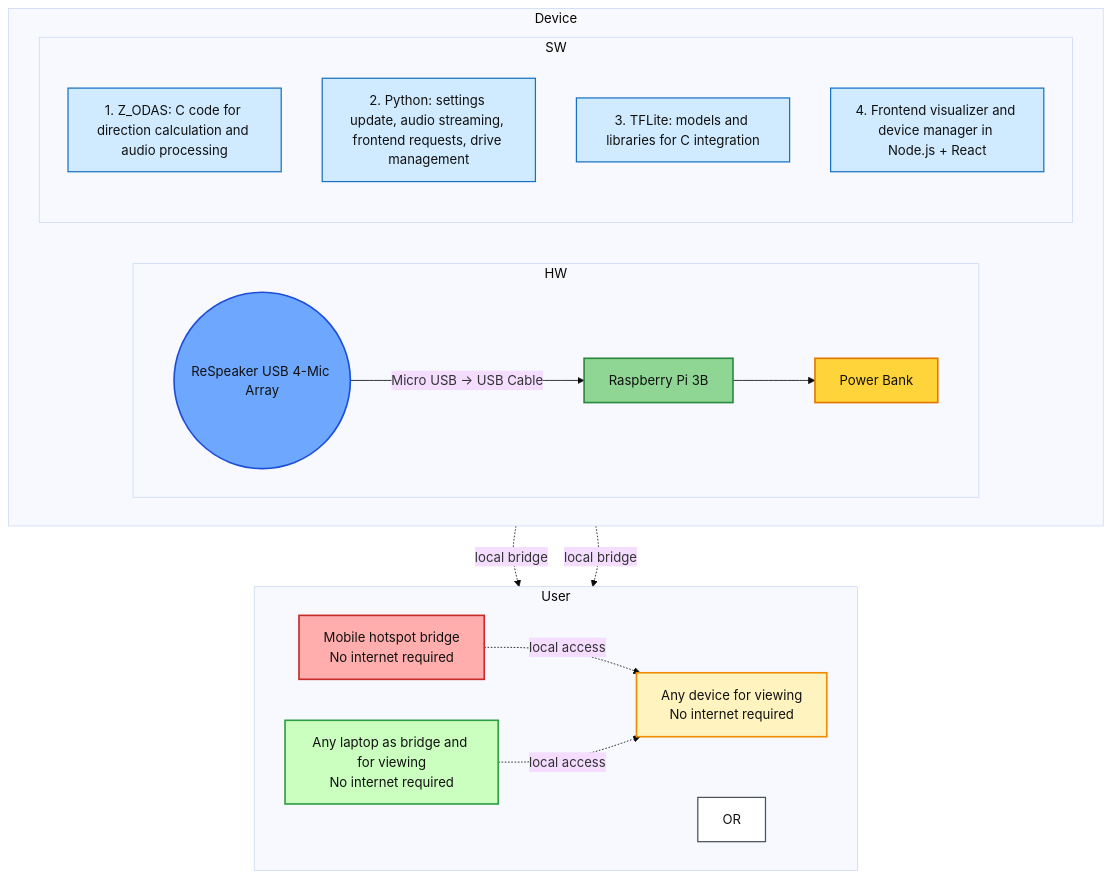
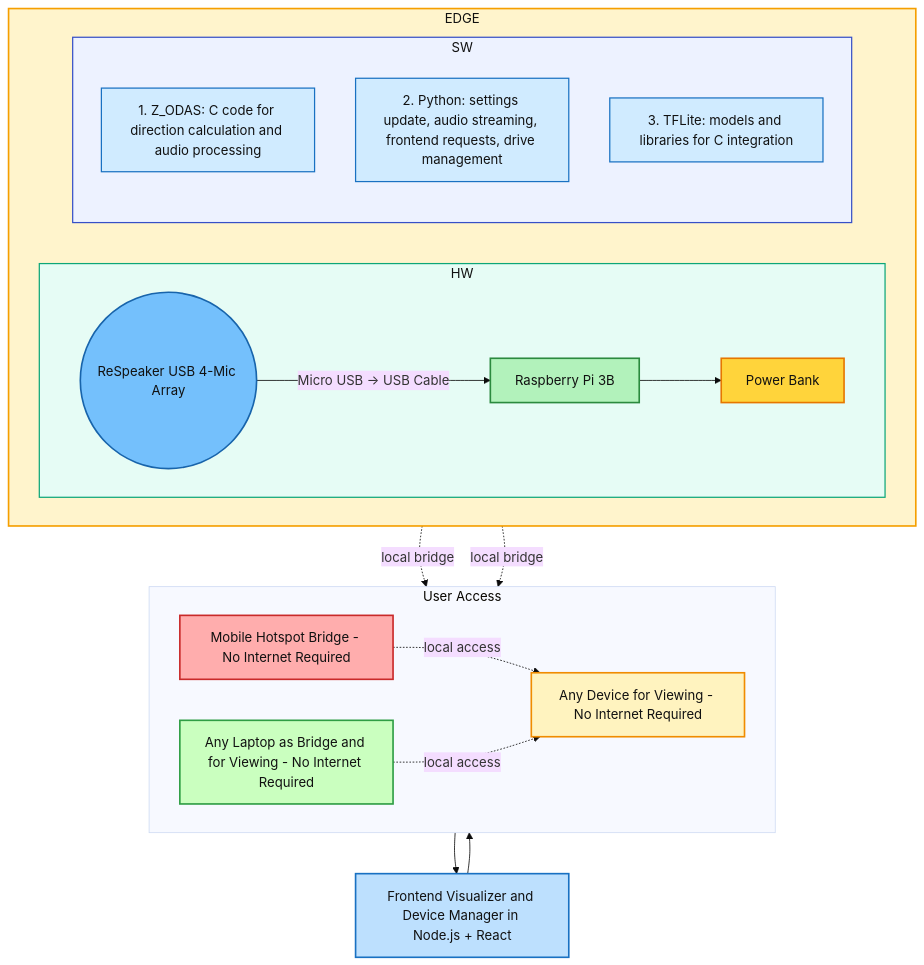
The first of 2 diagrams in blue print/SonicWild_High_Level_Architecture.md (anamtya-tech/SonicWild_SpatialyAwareAcoustics), drawn with Mermaid (base theme) before and after one commit.

Commit message:
Restructure image one with EDGE container and separate frontend block

````diff
--- a/blue print/SonicWild_High_Level_Architecture.md
+++ b/blue print/SonicWild_High_Level_Architecture.md
@@ -9,45 +9,49 @@
 ```mermaid
 flowchart TB
-    subgraph TOP[Device]
+    subgraph EDGE[EDGE]
         direction LR
 
         subgraph HW[HW]
             direction LR
             MIC((ReSpeaker USB 4-Mic Array)) -->|Micro USB -> USB Cable| RPI[Raspberry Pi 3B]
             RPI --> PWR[Power Bank]
         end
 
         subgraph SW[SW]
             direction TB
             SW1[1. Z_ODAS: C code for direction calculation and audio processing]
             SW2[2. Python: settings update, audio streaming, frontend requests, drive management]
             SW3[3. TFLite: models and libraries for C integration]
-            SW4[4. Frontend visualizer and device manager in Node.js + React]
         end
     end
 
-    subgraph USER[User]
+    subgraph USER[User Access]
         direction LR
-        PHONE[Mobile hotspot bridge\nNo internet required]
-        OR[OR]
-        LAPTOP[Any laptop as bridge and for viewing\nNo internet required]
-        VIEW[Any device for viewing\nNo internet required]
+        PHONE[Mobile Hotspot Bridge - No Internet Required]
+        LAPTOP[Any Laptop as Bridge and for Viewing - No Internet Required]
+        VIEW[Any Device for Viewing - No Internet Required]
     end
+
+    FRONTEND[Frontend Visualizer and Device Manager in Node.js + React]
 
     RPI -. local bridge .-> PHONE
     RPI -. local bridge .-> LAPTOP
     PHONE -. local access .-> VIEW
     LAPTOP -. local access .-> VIEW
+    PHONE --> FRONTEND
+    FRONTEND --> VIEW
 
-    style MIC fill:#6ea8fe,stroke:#1d4ed8,stroke-width:2px,color:#111111
-    style RPI fill:#8fd694,stroke:#2b8a3e,stroke-width:2px,color:#111111
+    style EDGE fill:#fff4cc,stroke:#f59f00,stroke-width:2px,color:#111111
+    style HW fill:#e6fcf5,stroke:#0ca678,stroke-width:1.5px,color:#111111
+    style SW fill:#edf2ff,stroke:#364fc7,stroke-width:1.5px,color:#111111
+    style MIC fill:#74c0fc,stroke:#1864ab,stroke-width:2px,color:#111111
+    style RPI fill:#b2f2bb,stroke:#2b8a3e,stroke-width:2px,color:#111111
     style PWR fill:#ffd43b,stroke:#e67700,stroke-width:2px,color:#111111
     style SW1 fill:#d0ebff,stroke:#1971c2,stroke-width:1.5px,color:#111111
     style SW2 fill:#d0ebff,stroke:#1971c2,stroke-width:1.5px,color:#111111
     style SW3 fill:#d0ebff,stroke:#1971c2,stroke-width:1.5px,color:#111111
-    style SW4 fill:#d0ebff,stroke:#1971c2,stroke-width:1.5px,color:#111111
     style PHONE fill:#ffadad,stroke:#c92a2a,stroke-width:2px,color:#111111
     style LAPTOP fill:#caffbf,stroke:#2f9e44,stroke-width:2px,color:#111111
     style VIEW fill:#fff3bf,stroke:#f08c00,stroke-width:2px,color:#111111
-    style OR fill:#ffffff,stroke:#495057,stroke-width:1.5px,color:#111111
+    style FRONTEND fill:#bde0fe,stroke:#1971c2,stroke-width:2px,color:#111111
 ```
````
